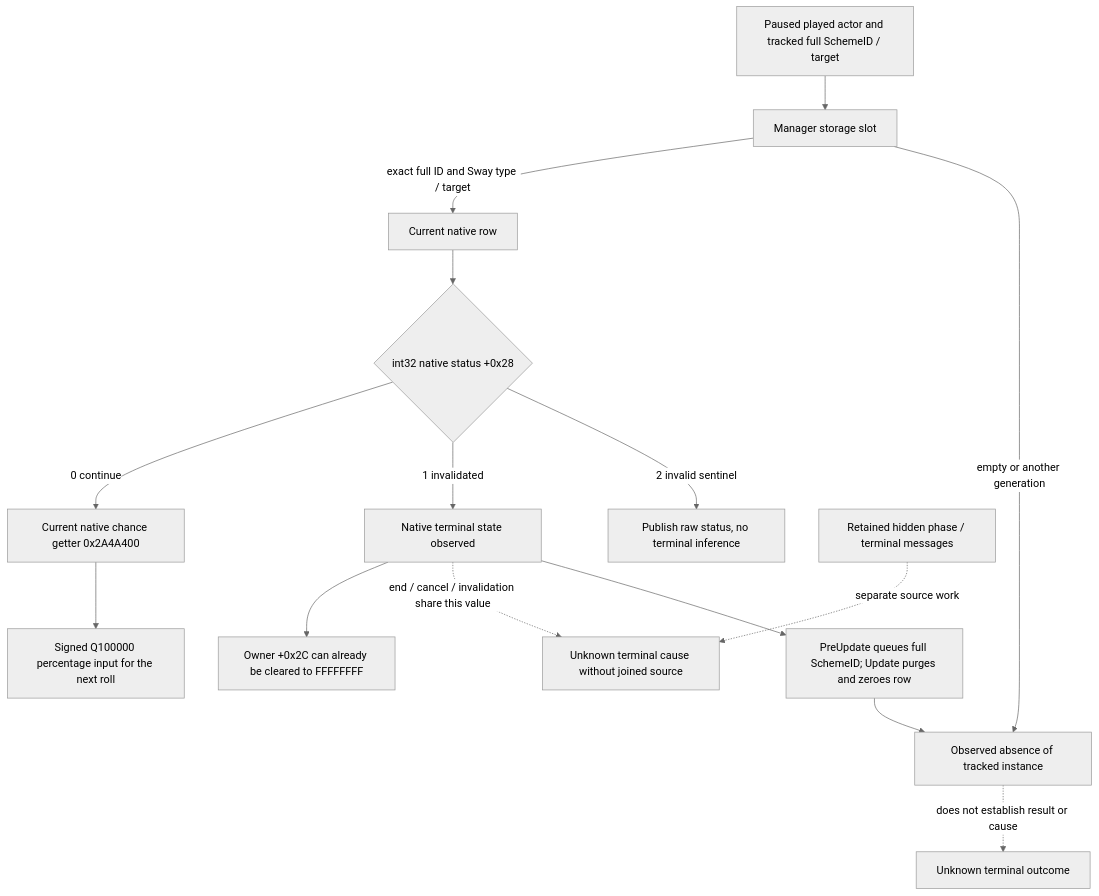
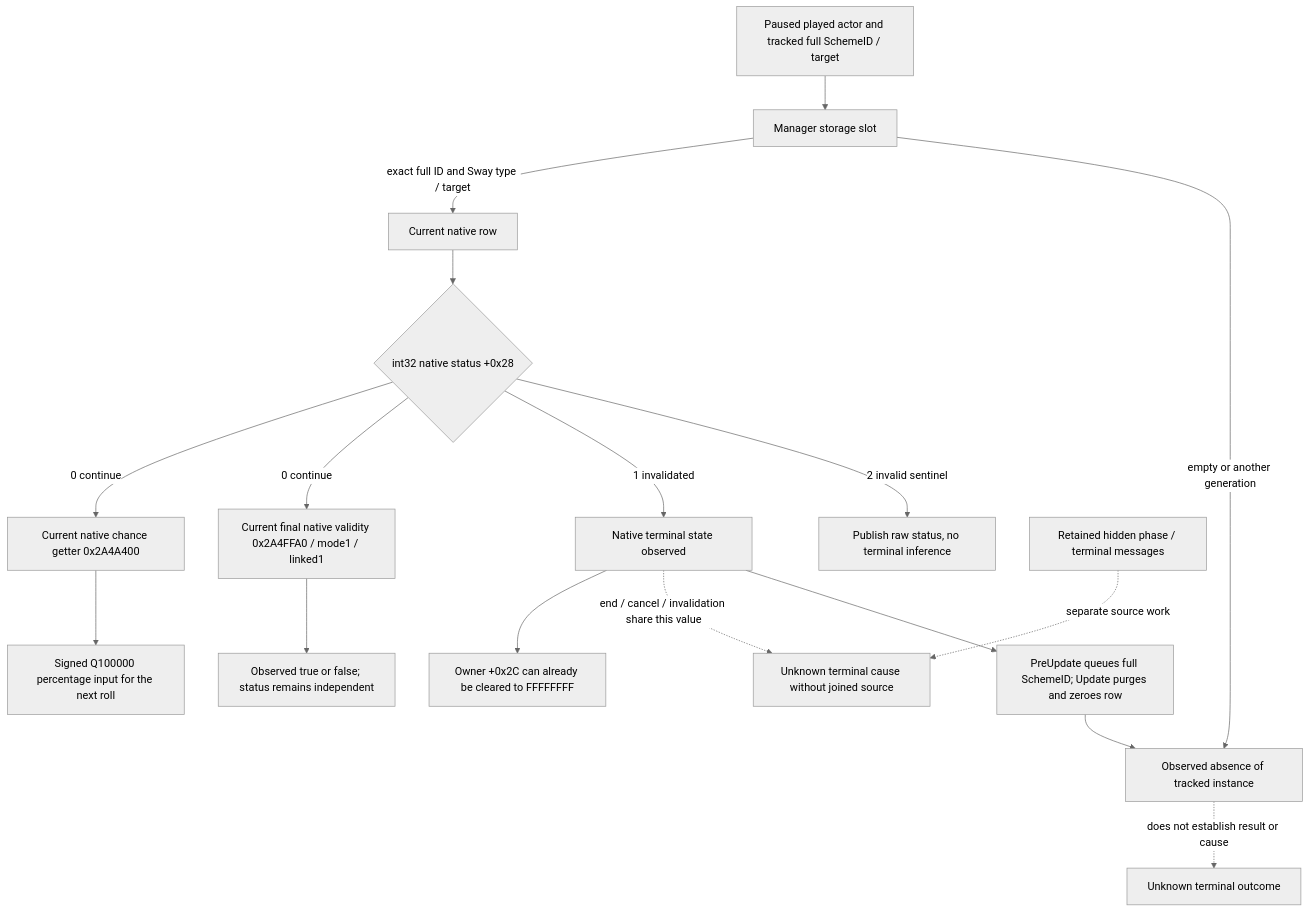
Before and after one commit to XenoAmess/ck3_eternal_recurrence: the diagram in docs/ck3-native-ai/ck3-1.20.0.2-sway-completion-provider.md, drawn with Mermaid (neutral theme). The commit also changed other lines of this file and 9 other files, not shown here.

````diff
--- a/docs/ck3-native-ai/ck3-1.20.0.2-sway-completion-provider.md
+++ b/docs/ck3-native-ai/ck3-1.20.0.2-sway-completion-provider.md
@@ -17,17 +18,19 @@
 ```mermaid
 flowchart TD
   A[Paused played actor and tracked full SchemeID / target] --> S[Manager storage slot]
   S -->|exact full ID and Sway type / target| R[Current native row]
   S -->|empty or another generation| N[Observed absence of tracked instance]
   N -. does not establish result or cause .-> U[Unknown terminal outcome]
   R --> C{int32 native status +0x28}
   C -->|0 continue| P[Current native chance getter 0x2A4A400]
   P --> Q[Signed Q100000 percentage input for the next roll]
+  C -->|0 continue| V[Current final native validity 0x2A4FFA0 / mode1 / linked1]
+  V --> B[Observed true or false; status remains independent]
   C -->|1 invalidated| T[Native terminal state observed]
   T --> O[Owner +0x2C can already be cleared to FFFFFFFF]
   T -. end / cancel / invalidation share this value .-> H[Unknown terminal cause without joined source]
   C -->|2 invalid sentinel| I[Publish raw status, no terminal inference]
   T --> D[PreUpdate queues full SchemeID; Update purges and zeroes row]
   D --> N
   M[Retained hidden phase / terminal messages] -. separate source work .-> H
 ```
````
